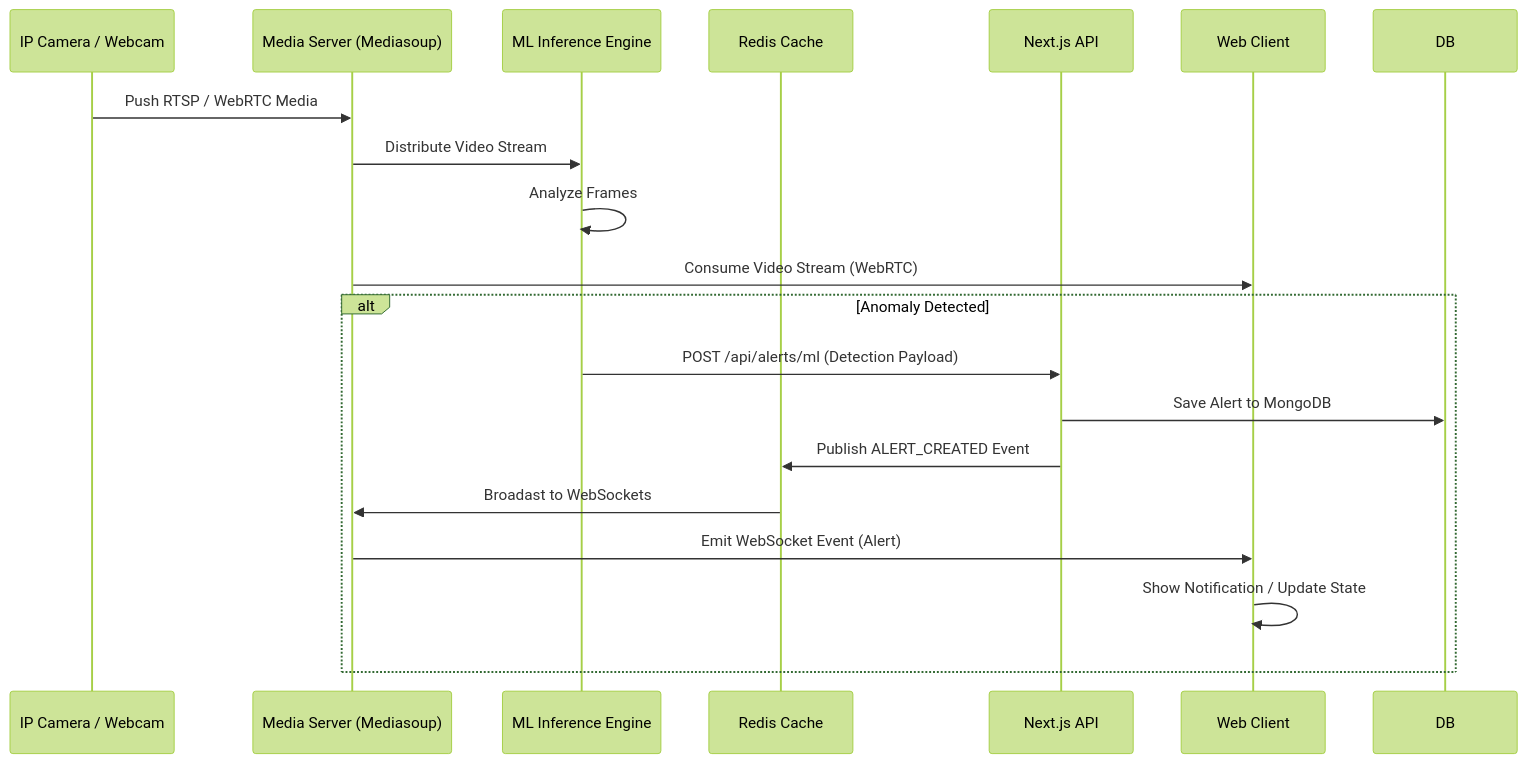
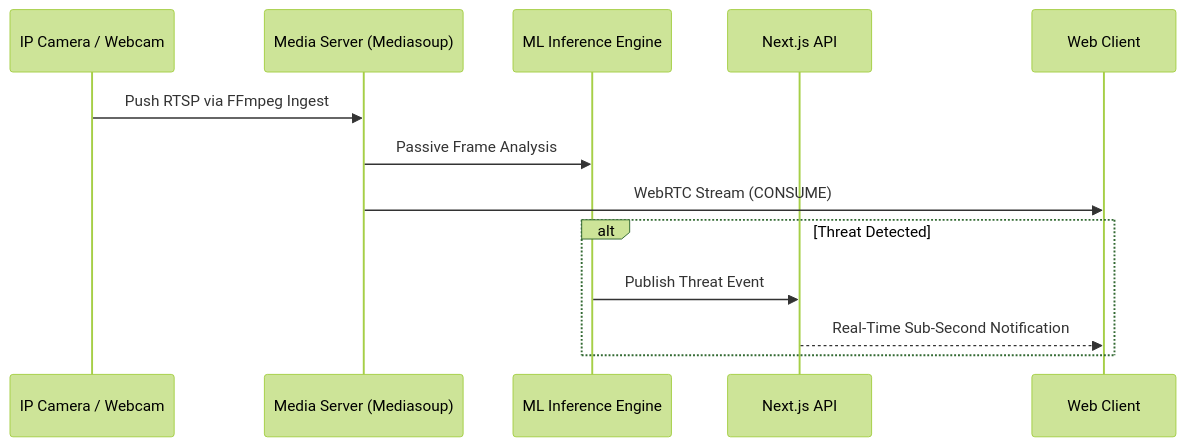
Before and after one commit to DevanshBehl/solvathon: the third of 3 diagrams in README.md, drawn with Mermaid (forest theme). The commit also changed other lines of this file, not shown here.

First line of the commit message:
Revise README for Real-Time PubSub & Data Flow

````diff
--- a/README.md
+++ b/README.md
@@ -34,22 +83,16 @@
 ```mermaid
 sequenceDiagram
     participant Cam as IP Camera / Webcam
     participant SFU as Media Server (Mediasoup)
     participant ML as ML Inference Engine
-    participant Redis as Redis Cache
     participant API as Next.js API
     participant UI as Web Client
 
-    Cam->>SFU: Push RTSP / WebRTC Media
-    SFU->>ML: Distribute Video Stream
-    ML->>ML: Analyze Frames
-    SFU->>UI: Consume Video Stream (WebRTC)
-    alt Anomaly Detected
-        ML->>API: POST /api/alerts/ml (Detection Payload)
-        API->>DB: Save Alert to MongoDB
-        API->>Redis: Publish ALERT_CREATED Event
-        Redis->>SFU: Broadast to WebSockets
-        SFU->>UI: Emit WebSocket Event (Alert)
-        UI->>UI: Show Notification / Update State
+    Cam->>SFU: Push RTSP via FFmpeg Ingest
+    SFU->>ML: Passive Frame Analysis
+    SFU->>UI: WebRTC Stream (CONSUME)
+    alt Threat Detected
+        ML->>API: Publish Threat Event
+        API-->>UI: Real-Time Sub-Second Notification
     end
 ```
````
